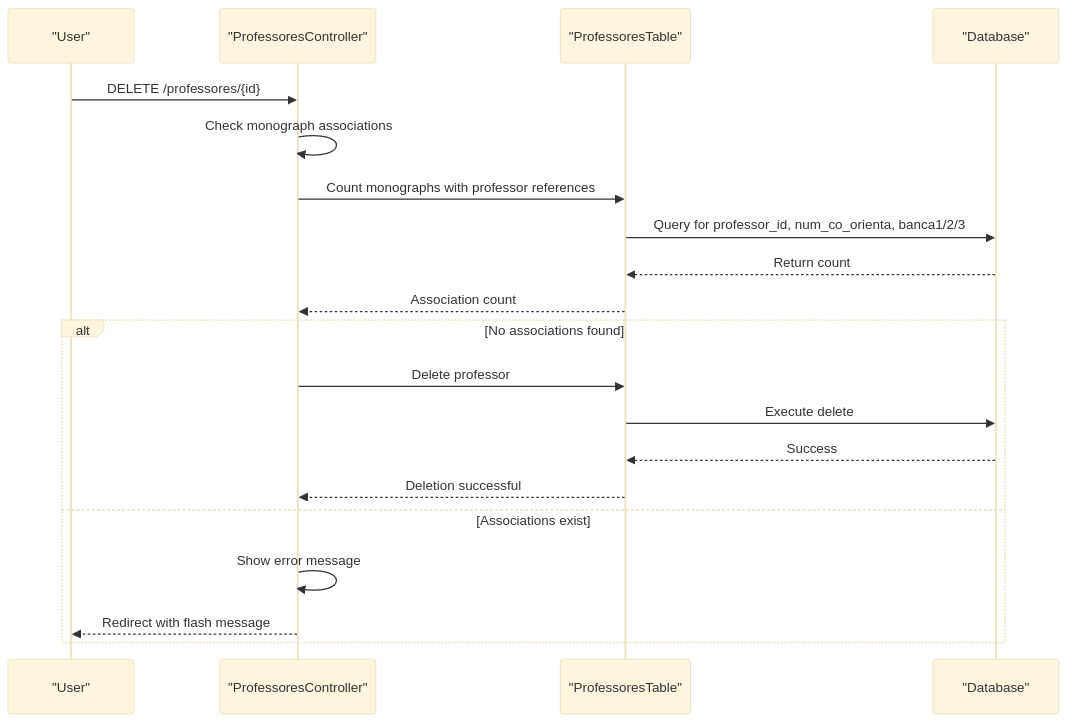
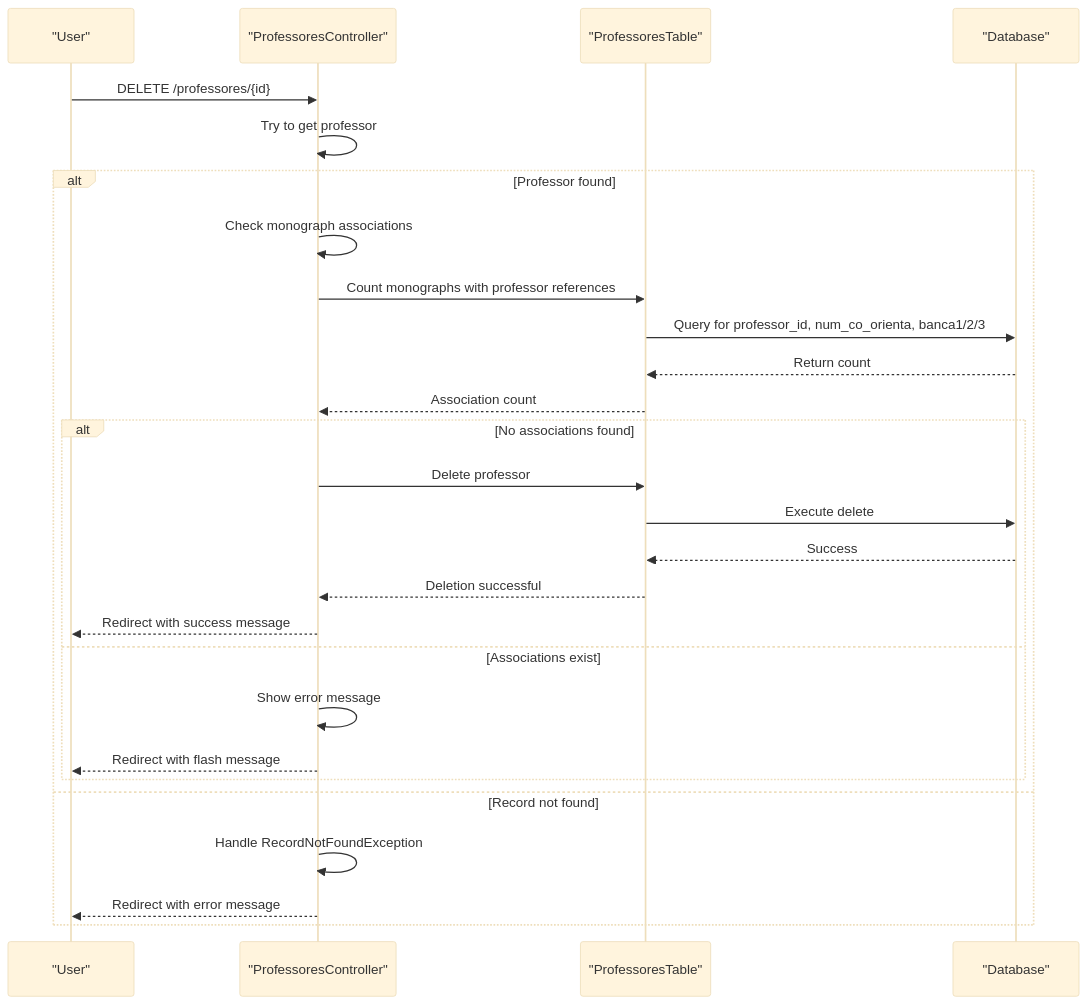
The fourth of 7 diagrams in .qoder/repowiki/en/content/Professor and Supervisor Management.md (luiseduacosta/tcc4), drawn with Mermaid (base theme) before and after one commit. The commit also changed other lines of this file and 5 other files, not shown here.

````diff
--- a/.qoder/repowiki/en/content/Professor and Supervisor Management.md
+++ b/.qoder/repowiki/en/content/Professor and Supervisor Management.md
@@ -258,22 +347,29 @@
 ```mermaid
 sequenceDiagram
 participant User as "User"
 participant Controller as "ProfessoresController"
 participant Table as "ProfessoresTable"
 participant DB as "Database"
 User->>Controller : DELETE /professores/{id}
+Controller->>Controller : Try to get professor
+alt Professor found
 Controller->>Controller : Check monograph associations
 Controller->>Table : Count monographs with professor references
 Table->>DB : Query for professor_id, num_co_orienta, banca1/2/3
 DB-->>Table : Return count
 Table-->>Controller : Association count
 alt No associations found
 Controller->>Table : Delete professor
 Table->>DB : Execute delete
 DB-->>Table : Success
 Table-->>Controller : Deletion successful
+Controller-->>User : Redirect with success message
 else Associations exist
 Controller->>Controller : Show error message
 Controller-->>User : Redirect with flash message
 end
+else Record not found
+Controller->>Controller : Handle RecordNotFoundException
+Controller-->>User : Redirect with error message
+end
 ```
````
